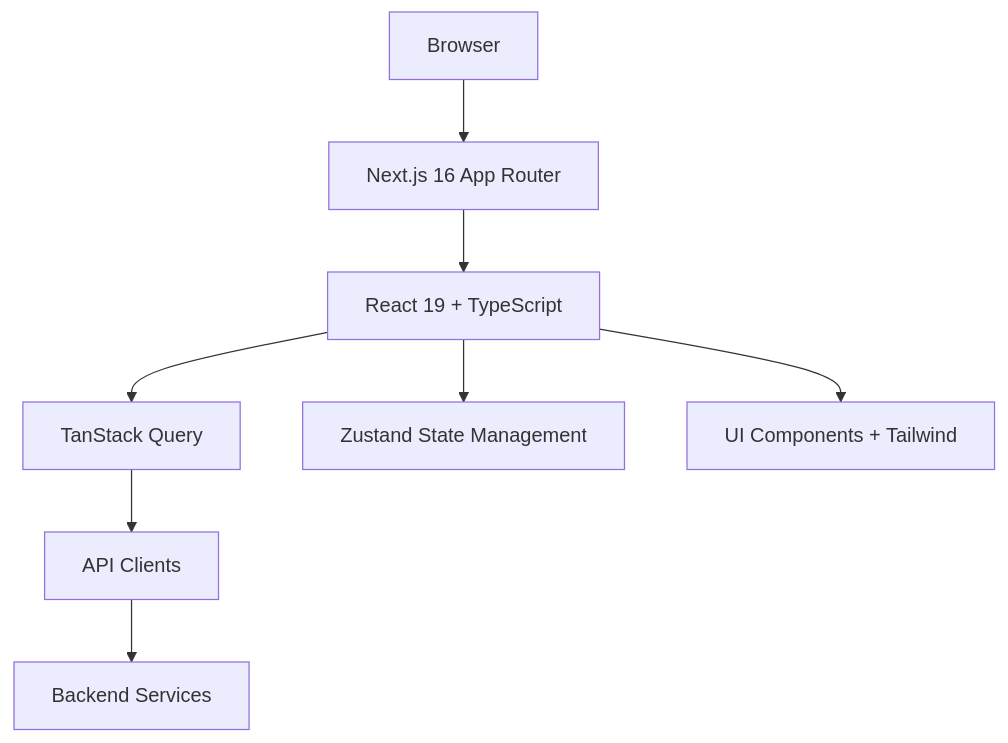
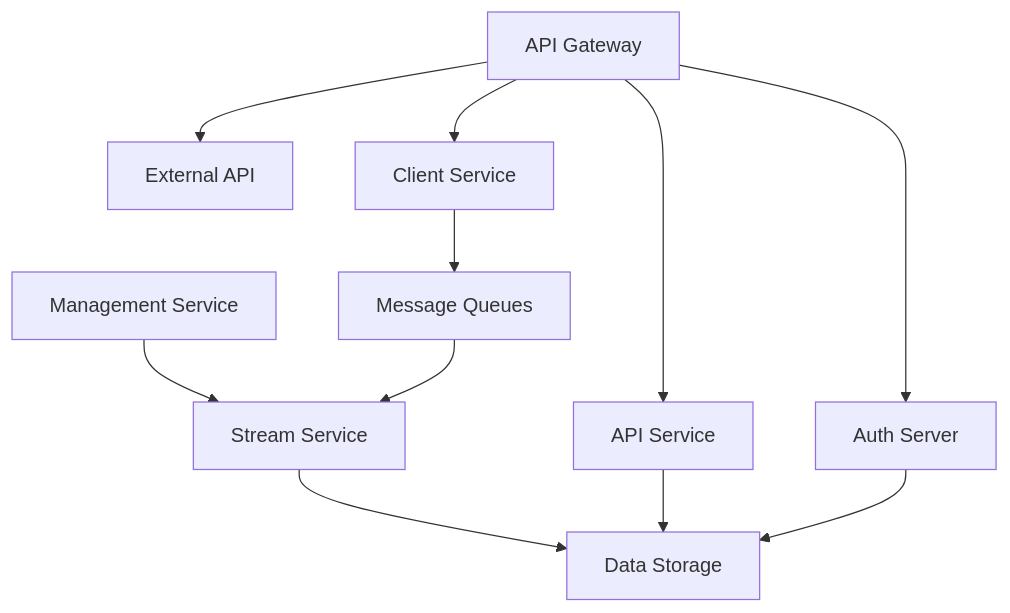
Before and after one commit to Praesto-Pro/openframe-oss-tenant: the diagram in docs/development/README.md, drawn with Mermaid. The commit also changed other lines of this file and 214 other files, not shown here.

````diff
--- a/docs/development/README.md
+++ b/docs/development/README.md
@@ -62,10 +100,15 @@
 ```mermaid
 flowchart TD
-    Browser[Browser] --> NextJS[Next.js 16 App Router]
-    NextJS --> React[React 19 + TypeScript]
-    React --> TanStack[TanStack Query]
-    React --> Zustand[Zustand State Management]
-    React --> UI[UI Components + Tailwind]
-    TanStack --> API[API Clients]
-    API --> Backend[Backend Services]
+    A[API Gateway] --> B[API Service]
+    A --> C[Auth Server]
+    A --> D[External API]
+    A --> E[Client Service]
+    
+    F[Management Service] --> G[Stream Service]
+    G --> H[Data Storage]
+    
+    B --> H
+    C --> H
+    E --> I[Message Queues]
+    I --> G
 ```
````
